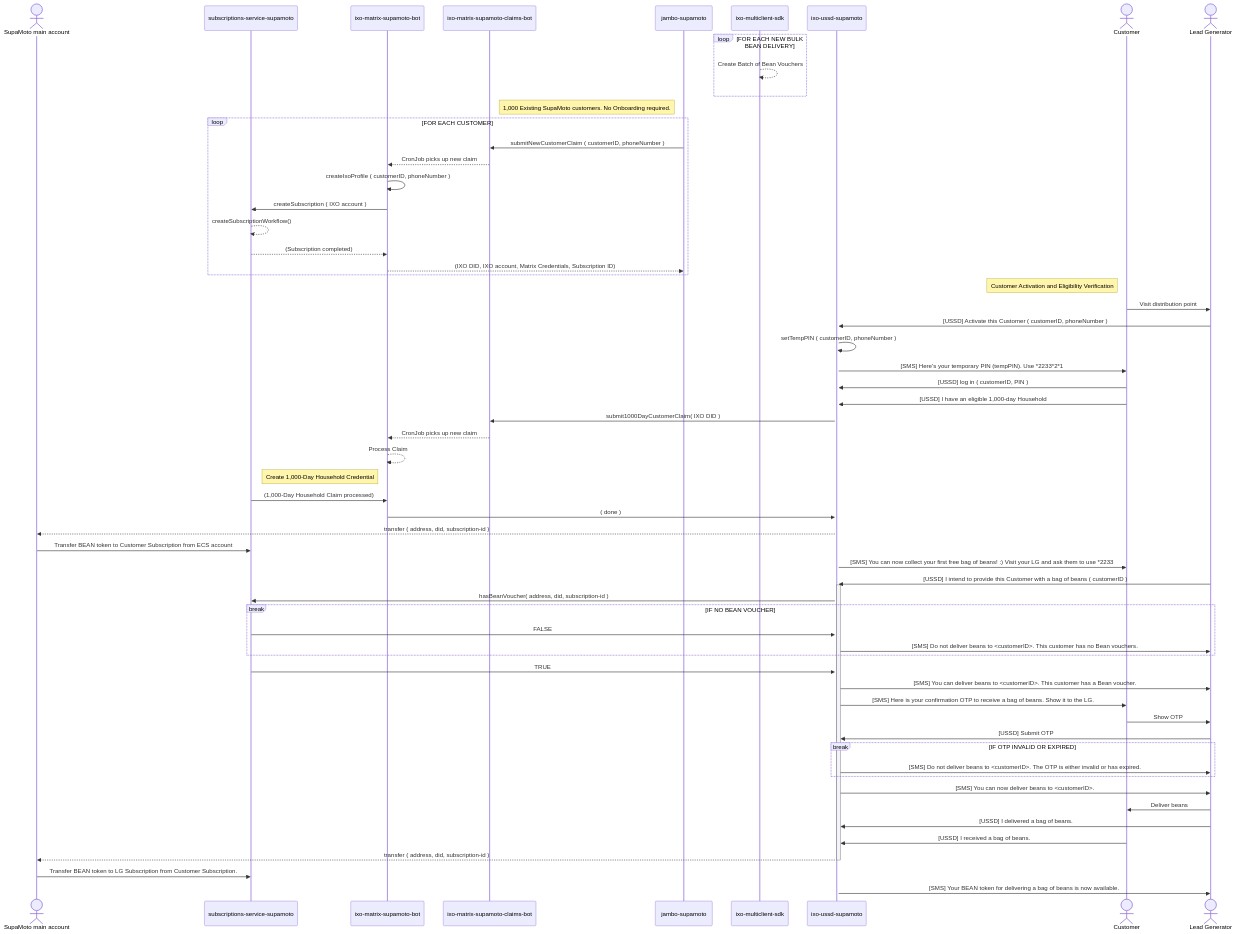
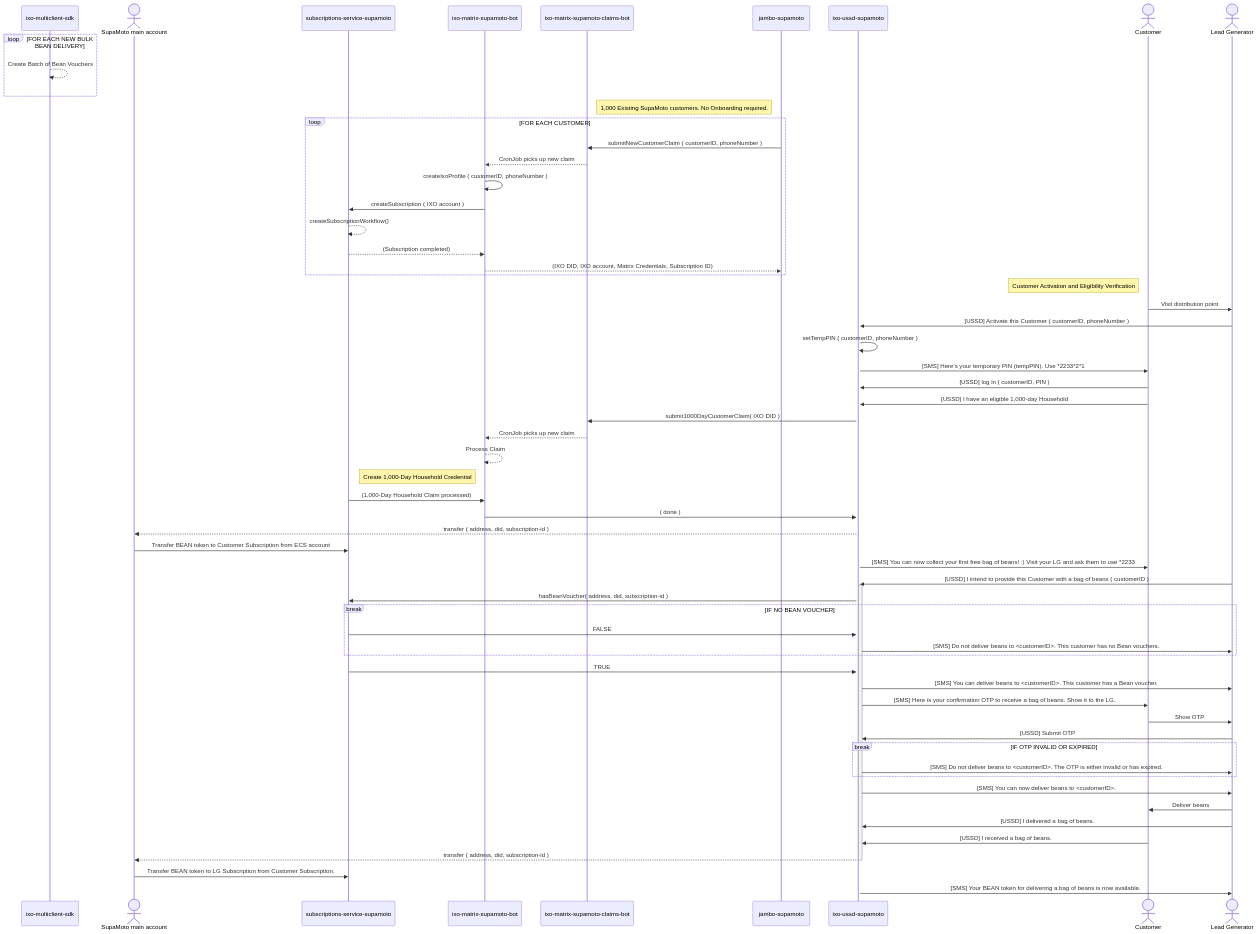
Before and after one commit to emerging-eco/ixo-ussd-supamoto: the diagram in docs/Sequence-Diagram-Bean-Distribution-with-systems.md, drawn with Mermaid. The commit also changed other lines of this file and 26 other files, not shown here.

````diff
--- a/docs/Sequence-Diagram-Bean-Distribution-with-systems.md
+++ b/docs/Sequence-Diagram-Bean-Distribution-with-systems.md
@@ -1,62 +1,62 @@
 ```mermaid
 sequenceDiagram
+  participant ixo-multiclient-sdk as ixo-multiclient-sdk
   actor SUPA as SupaMoto main account
   participant subscriptions-service-supamoto as subscriptions-service-supamoto
   participant ixo-matrix-supamoto-bot as ixo-matrix-supamoto-bot
   participant ixo-matrix-supamoto-claims-bot as ixo-matrix-supamoto-claims-bot
   participant jambo-supamoto as jambo-supamoto
-  participant ixo-multiclient-sdk as ixo-multiclient-sdk
   participant ixo-ussd-supamoto as ixo-ussd-supamoto
   actor Customer as Customer
   actor LG as Lead Generator
   loop FOR EACH NEW BULK BEAN DELIVERY
     ixo-multiclient-sdk-->>ixo-multiclient-sdk: Create Batch of Bean Vouchers
   end
   Note left of jambo-supamoto: 1,000 Existing SupaMoto customers. No Onboarding required.
   loop FOR EACH CUSTOMER
     jambo-supamoto->>ixo-matrix-supamoto-claims-bot: submitNewCustomerClaim ( customerID, phoneNumber )
     ixo-matrix-supamoto-claims-bot-->>ixo-matrix-supamoto-bot: CronJob picks up new claim
     ixo-matrix-supamoto-bot->>ixo-matrix-supamoto-bot: createIxoProfile ( customerID, phoneNumber )
     ixo-matrix-supamoto-bot->>subscriptions-service-supamoto: createSubscription ( IXO account )
     subscriptions-service-supamoto-->>subscriptions-service-supamoto: createSubscriptionWorkflow()
     subscriptions-service-supamoto-->>ixo-matrix-supamoto-bot: (Subscription completed)
     ixo-matrix-supamoto-bot-->>jambo-supamoto: (IXO DID, IXO account, Matrix Credentials, Subscription ID)
   end
   Note left of Customer: Customer Activation and Eligibility Verification
   Customer->>LG: Visit distribution point
   LG->>+ixo-ussd-supamoto: [USSD] Activate this Customer ( customerID, phoneNumber )
   ixo-ussd-supamoto->>ixo-ussd-supamoto: setTempPIN ( customerID, phoneNumber )
   ixo-ussd-supamoto->>Customer: [SMS] Here's your temporary PIN (tempPIN). Use *2233*2*1# to log in and reset your PIN. Ensure that you have your Customer ID available to log in.
   Customer->>ixo-ussd-supamoto: [USSD] log in ( customerID, PIN )
   Customer->>ixo-ussd-supamoto: [USSD] I have an eligible 1,000-day Household
   ixo-ussd-supamoto->>ixo-matrix-supamoto-claims-bot: submit1000DayCustomerClaim( IXO DID )
   ixo-matrix-supamoto-claims-bot-->>ixo-matrix-supamoto-bot: CronJob picks up new claim
   ixo-matrix-supamoto-bot-->>ixo-matrix-supamoto-bot: Process Claim
   Note left of ixo-matrix-supamoto-bot: Create 1,000-Day Household Credential
   subscriptions-service-supamoto->>ixo-matrix-supamoto-bot: (1,000-Day Household Claim processed)
   ixo-matrix-supamoto-bot->>ixo-ussd-supamoto: ( done )
   ixo-ussd-supamoto-->>SUPA: transfer ( address, did, subscription-id )
   SUPA->>subscriptions-service-supamoto: Transfer BEAN token to Customer Subscription from ECS account
   ixo-ussd-supamoto->>Customer: [SMS] You can now collect your first free bag of beans! :) Visit your LG and ask them to use *2233#3*2*2# to register their intent to deliver a bag of beans to you.
   LG->>+ixo-ussd-supamoto: [USSD] I intend to provide this Customer with a bag of beans ( customerID )
   ixo-ussd-supamoto->>subscriptions-service-supamoto: hasBeanVoucher( address, did, subscription-id )
   break IF NO BEAN VOUCHER
     subscriptions-service-supamoto->>ixo-ussd-supamoto: FALSE
     ixo-ussd-supamoto->>LG: [SMS] Do not deliver beans to <customerID>. This customer has no Bean vouchers.
   end
   subscriptions-service-supamoto->>ixo-ussd-supamoto: TRUE
   ixo-ussd-supamoto->>LG: [SMS] You can deliver beans to <customerID>. This customer has a Bean voucher.
   ixo-ussd-supamoto->>Customer: [SMS] Here is your confirmation OTP to receive a bag of beans. Show it to the LG.
   Customer->>LG: Show OTP
   LG->>ixo-ussd-supamoto: [USSD] Submit OTP
   break IF OTP INVALID OR EXPIRED
     ixo-ussd-supamoto->>LG: [SMS] Do not deliver beans to <customerID>. The OTP is either invalid or has expired.
   end
   ixo-ussd-supamoto->>LG: [SMS] You can now deliver beans to <customerID>.
   LG->>Customer: Deliver beans
   LG->>ixo-ussd-supamoto: [USSD] I delivered a bag of beans.
   Customer->>ixo-ussd-supamoto: [USSD] I received a bag of beans.
   ixo-ussd-supamoto-->>-SUPA: transfer ( address, did, subscription-id )
   SUPA->>subscriptions-service-supamoto: Transfer BEAN token to LG Subscription from Customer Subscription.
   ixo-ussd-supamoto->>LG: [SMS] Your BEAN token for delivering a bag of beans is now available.
 ```
````
